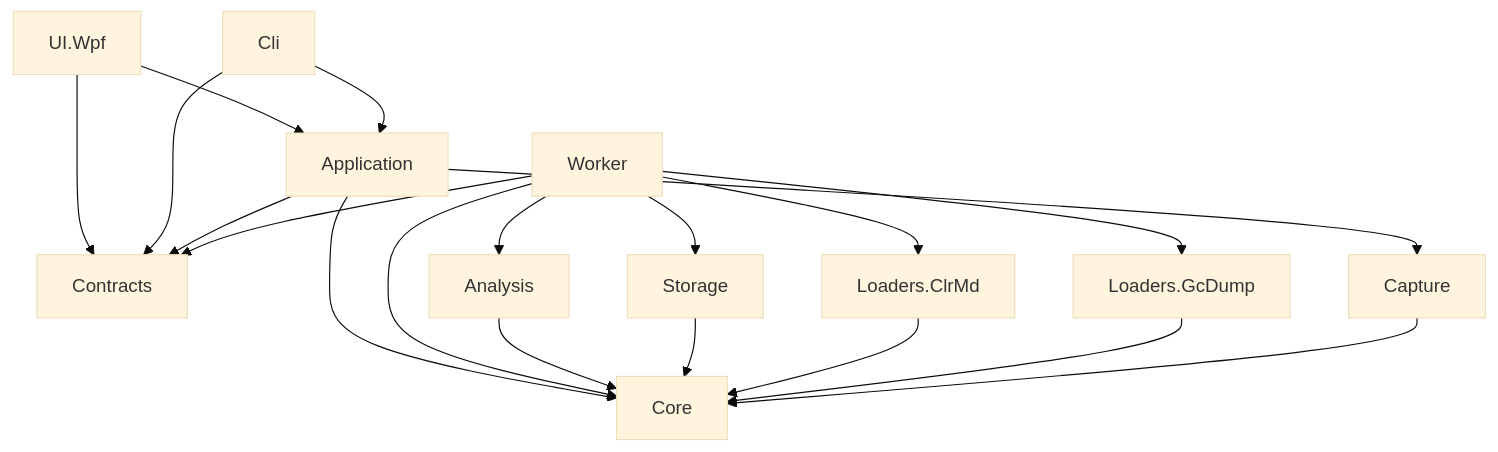
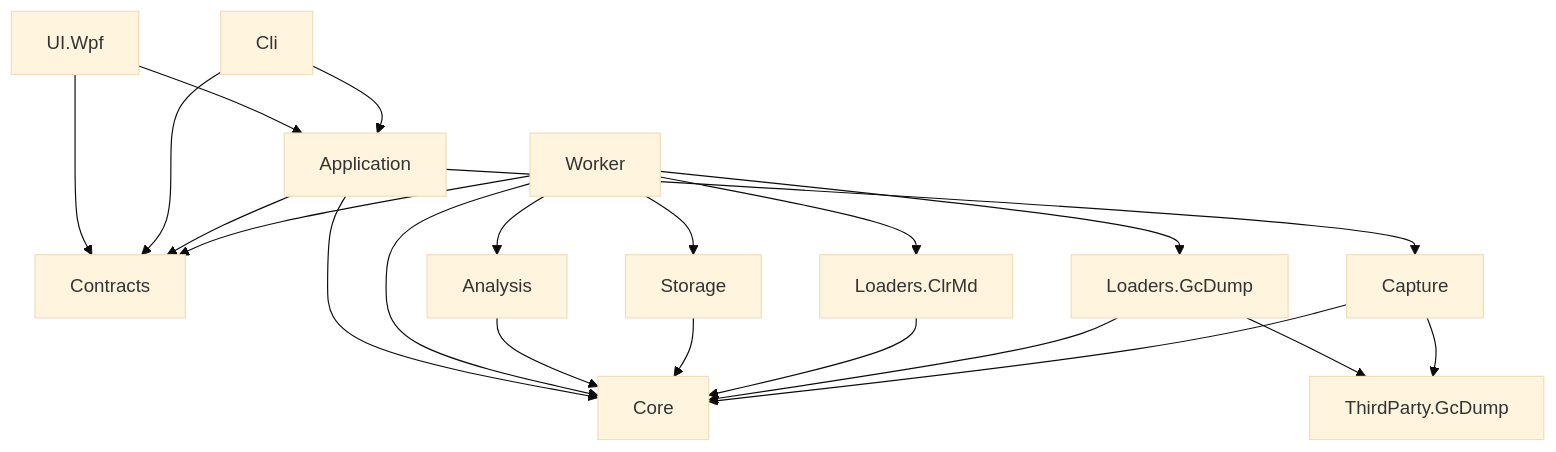
One commit to rklundt/HeapScope changed the second of 2 diagrams in docs/ARCHITECTURE.md. Above: the diagram before and after it, drawn with Mermaid (base theme). The commit also changed other lines of this file and 76 other files, not shown here.

````diff
--- a/docs/ARCHITECTURE.md
+++ b/docs/ARCHITECTURE.md
@@ -229,21 +242,23 @@
 ```mermaid
 flowchart TD
     UI[UI.Wpf] --> App[Application]
     UI --> Con[Contracts]
     Cli[Cli] --> App
     Cli --> Con
     App --> Con
     App --> Cap[Capture]
     App --> Core
     Wk[Worker] --> Con
     Wk --> Ana[Analysis]
     Wk --> Sto[Storage]
     Wk --> LC[Loaders.ClrMd]
     Wk --> LG[Loaders.GcDump]
+    LG --> TP[ThirdParty.GcDump]
+    Cap --> TP
     Wk --> Core
     Ana --> Core
     Sto --> Core
     LC --> Core
     LG --> Core
     Cap --> Core
 ```
````
